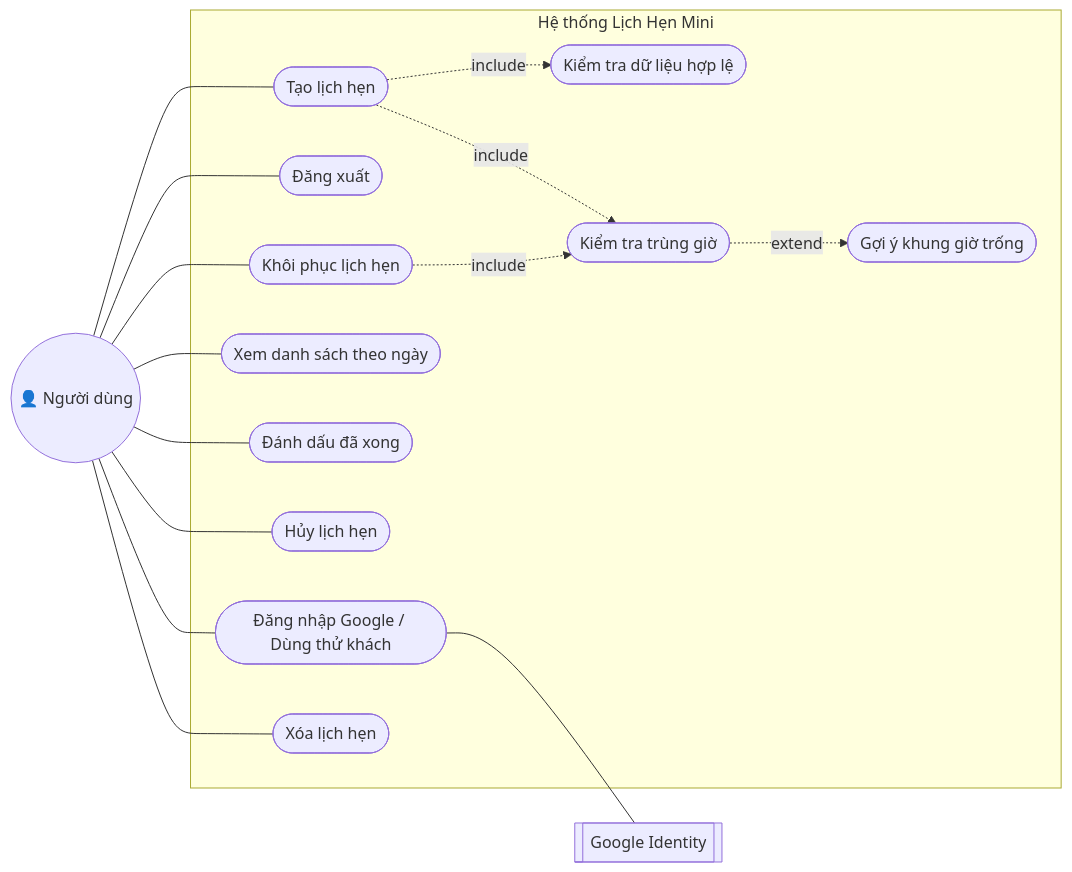
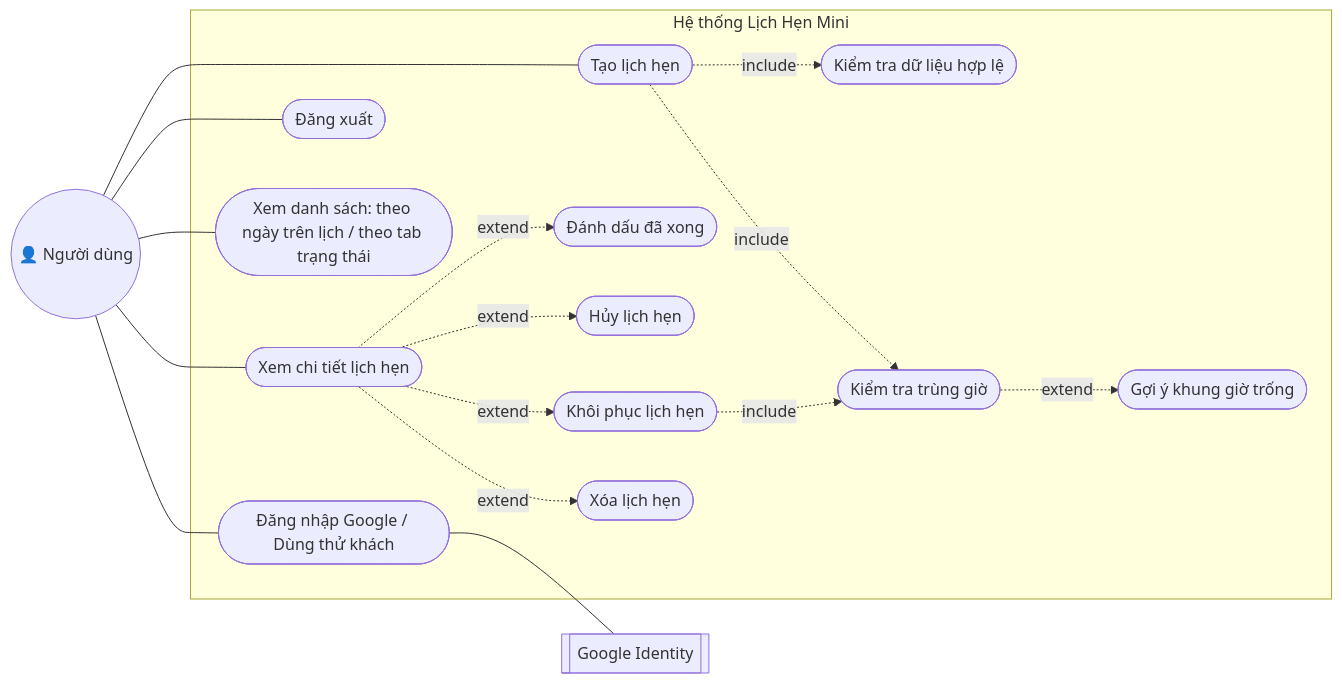
One commit to trucquynh0709/kits changed the first of 4 diagrams in docs/DESIGN.md. Above: the diagram before and after it, drawn with Mermaid. The commit also changed other lines of this file and 4 other files, not shown here.

Commit message:
docs: refresh use-case/class diagrams, CI badge, lessons learned

````diff
--- a/docs/DESIGN.md
+++ b/docs/DESIGN.md
@@ -24,31 +24,33 @@
 ```mermaid
 flowchart LR
     U(("👤 Người dùng"))
     G[["Google Identity"]]
     subgraph SYS["Hệ thống Lịch Hẹn Mini"]
         UC0([Đăng nhập Google / Dùng thử khách])
         UC7([Đăng xuất])
         UC1([Tạo lịch hẹn])
         UC1a([Kiểm tra dữ liệu hợp lệ])
         UC1b([Kiểm tra trùng giờ])
         UC1c([Gợi ý khung giờ trống])
-        UC2([Xem danh sách theo ngày])
+        UC2([Xem danh sách: theo ngày trên lịch / theo tab trạng thái])
+        UC8([Xem chi tiết lịch hẹn])
         UC3([Đánh dấu đã xong])
         UC4([Hủy lịch hẹn])
         UC5([Khôi phục lịch hẹn])
         UC6([Xóa lịch hẹn])
     end
     U --- UC0
     U --- UC7
     UC0 --- G
     U --- UC1
     U --- UC2
-    U --- UC3
-    U --- UC4
-    U --- UC5
-    U --- UC6
+    U --- UC8
+    UC8 -. extend .-> UC3
+    UC8 -. extend .-> UC4
+    UC8 -. extend .-> UC5
+    UC8 -. extend .-> UC6
     UC1 -. include .-> UC1a
     UC1 -. include .-> UC1b
     UC5 -. include .-> UC1b
     UC1b -. extend .-> UC1c
 ```
````
